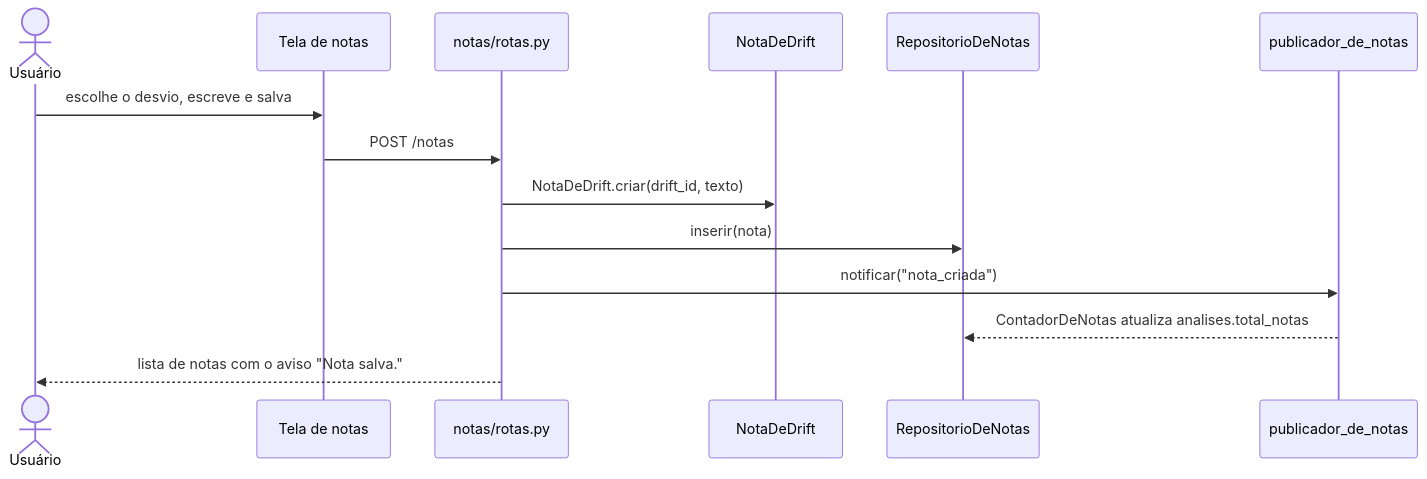
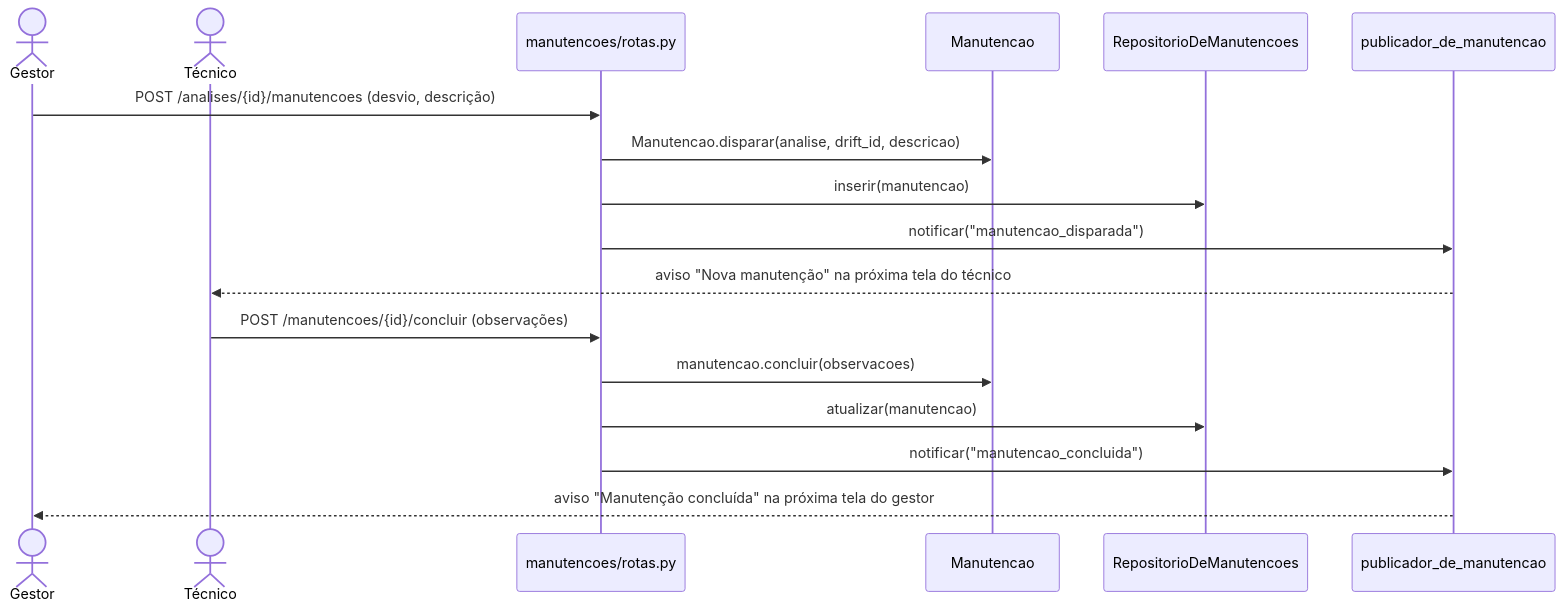
Before and after one commit to aland3r/driftor-reuso: the third of 3 diagrams in defesa/roteiro-emanuelle.md, drawn with Mermaid. The commit also changed other lines of this file and 3 other files, not shown here.

Commit message:
roteiros: emanuelle com análise e manutenção, variabilidade por papel e observer da manutenção

````diff
--- a/defesa/roteiro-emanuelle.md
+++ b/defesa/roteiro-emanuelle.md
@@ -318,16 +323,19 @@
 ```mermaid
 sequenceDiagram
-    actor U as Usuário
-    participant T as Tela de notas
-    participant R as notas/rotas.py
-    participant D as NotaDeDrift
-    participant P as RepositorioDeNotas
-    participant O as publicador_de_notas
-    U->>T: escolhe o desvio, escreve e salva
-    T->>R: POST /notas
-    R->>D: NotaDeDrift.criar(drift_id, texto)
-    R->>P: inserir(nota)
-    R->>O: notificar("nota_criada")
-    O-->>P: ContadorDeNotas atualiza analises.total_notas
-    R-->>U: lista de notas com o aviso "Nota salva."
+    actor G as Gestor
+    actor T as Técnico
+    participant R as manutencoes/rotas.py
+    participant D as Manutencao
+    participant P as RepositorioDeManutencoes
+    participant O as publicador_de_manutencao
+    G->>R: POST /analises/{id}/manutencoes (desvio, descrição)
+    R->>D: Manutencao.disparar(analise, drift_id, descricao)
+    R->>P: inserir(manutencao)
+    R->>O: notificar("manutencao_disparada")
+    O-->>T: aviso "Nova manutenção" na próxima tela do técnico
+    T->>R: POST /manutencoes/{id}/concluir (observações)
+    R->>D: manutencao.concluir(observacoes)
+    R->>P: atualizar(manutencao)
+    R->>O: notificar("manutencao_concluida")
+    O-->>G: aviso "Manutenção concluída" na próxima tela do gestor
 ```
````
